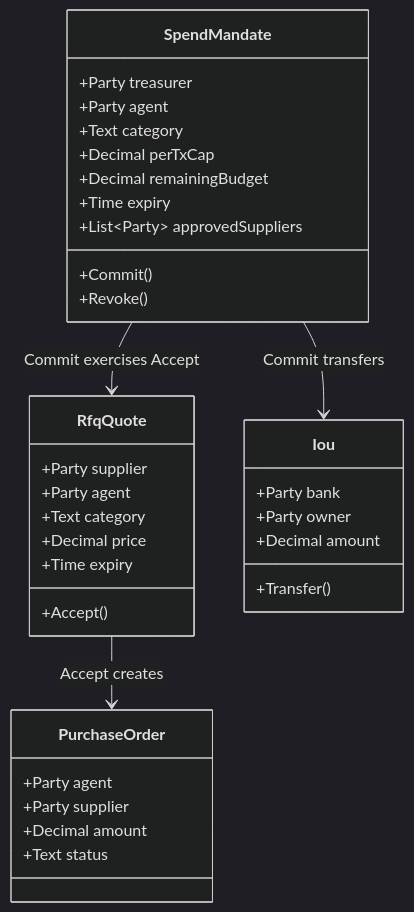
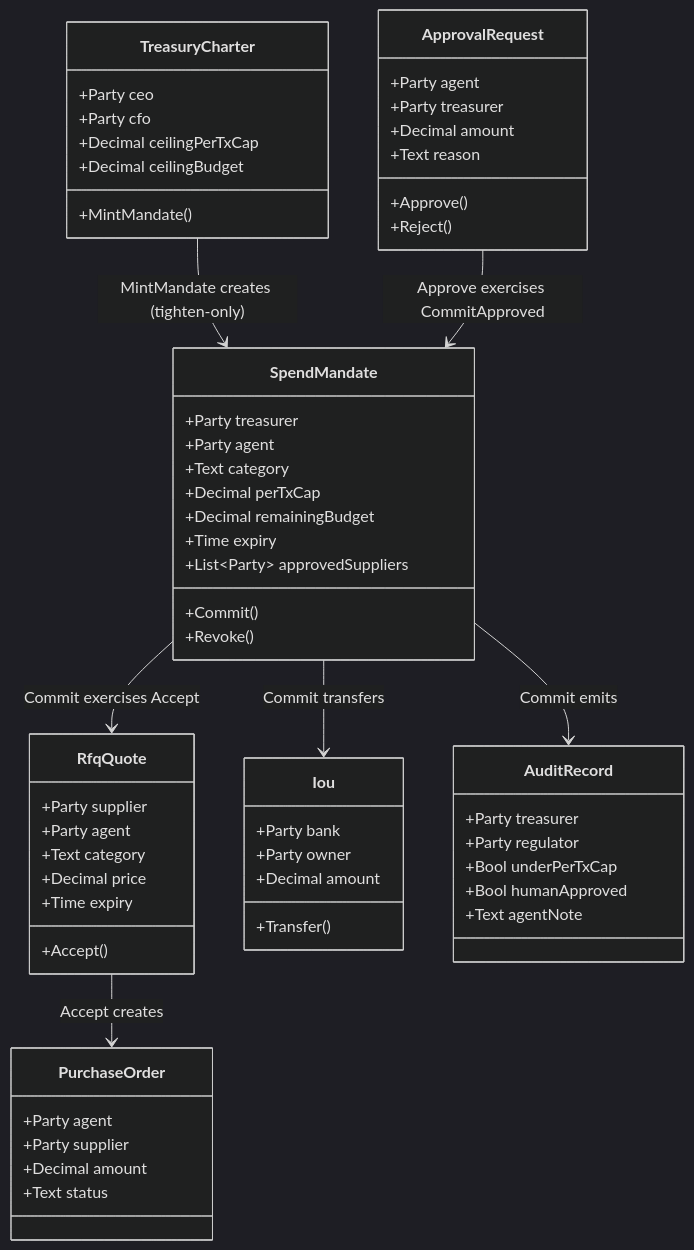
One commit to EzraNahumury/MandateRail changed the fourth of 9 diagrams in README.md. Above: the diagram before and after it, drawn with Mermaid (dark theme). The commit also changed other lines of this file, not shown here.

First line of the commit message:
docs: sync README with charter, audit, regulator + escalation features

````diff
--- a/README.md
+++ b/README.md
@@ -276,37 +279,62 @@
 ```mermaid
 classDiagram
     class SpendMandate {
         +Party treasurer
         +Party agent
         +Text category
         +Decimal perTxCap
         +Decimal remainingBudget
         +Time expiry
         +List~Party~ approvedSuppliers
         +Commit()
         +Revoke()
     }
     class RfqQuote {
         +Party supplier
         +Party agent
         +Text category
         +Decimal price
         +Time expiry
         +Accept()
     }
     class PurchaseOrder {
         +Party agent
         +Party supplier
         +Decimal amount
         +Text status
     }
     class Iou {
         +Party bank
         +Party owner
         +Decimal amount
         +Transfer()
     }
+    class TreasuryCharter {
+        +Party ceo
+        +Party cfo
+        +Decimal ceilingPerTxCap
+        +Decimal ceilingBudget
+        +MintMandate()
+    }
+    class ApprovalRequest {
+        +Party agent
+        +Party treasurer
+        +Decimal amount
+        +Text reason
+        +Approve()
+        +Reject()
+    }
+    class AuditRecord {
+        +Party treasurer
+        +Party regulator
+        +Bool underPerTxCap
+        +Bool humanApproved
+        +Text agentNote
+    }
+    TreasuryCharter --> SpendMandate : MintMandate creates (tighten-only)
     SpendMandate --> RfqQuote : Commit exercises Accept
     RfqQuote --> PurchaseOrder : Accept creates
     SpendMandate --> Iou : Commit transfers
+    SpendMandate --> AuditRecord : Commit emits
+    ApprovalRequest --> SpendMandate : Approve exercises CommitApproved
 ```
````
